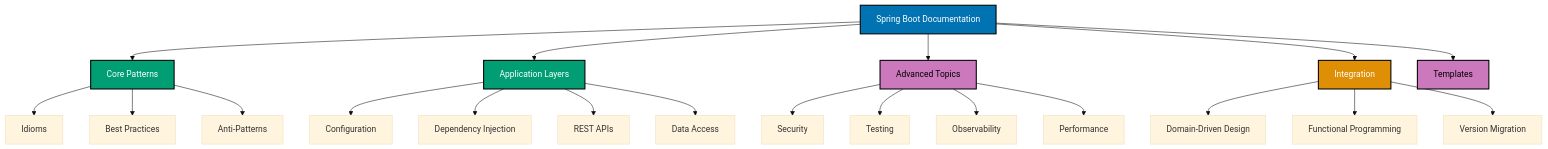
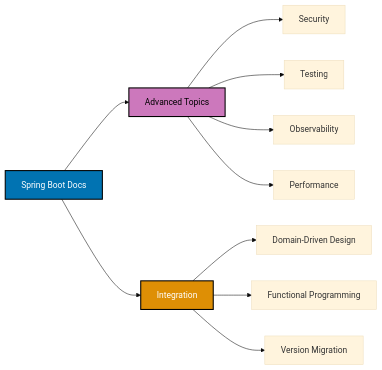
Before and after one commit to wahidyankf/open-sharia-enterprise: the third of 3 diagrams in docs/explanation/software-engineering/platform-web/tools/jvm-spring-boot/README.md, drawn with Mermaid (base theme). The commit also changed other lines of this file and 22 other files, not shown here.

First line of the commit message:
fix(docs): fix mermaid violations in platform-web docs

````diff
--- a/docs/explanation/software-engineering/platform-web/tools/jvm-spring-boot/README.md
+++ b/docs/explanation/software-engineering/platform-web/tools/jvm-spring-boot/README.md
@@ -244,41 +273,25 @@
 ```mermaid
 %% Color Palette: Blue #0173B2, Orange #DE8F05, Teal #029E73, Purple #CC78BC
 %% All colors are color-blind friendly and meet WCAG AA contrast standards
 
-flowchart TD
-    A["Spring Boot Documentation"]:::blue
-    B["Core Patterns"]:::teal
-    C["Application Layers"]:::teal
+flowchart LR
+    A["Spring Boot Docs"]:::blue
     D["Advanced Topics"]:::purple
     E["Integration"]:::orange
-    F["Templates"]:::purple
 
-    A --> B
-    A --> C
     A --> D
     A --> E
-    A --> F
-
-    B --> B1["Idioms"]
-    B --> B2["Best Practices"]
-    B --> B3["Anti-Patterns"]
-
-    C --> C1["Configuration"]
-    C --> C2["Dependency Injection"]
-    C --> C3["REST APIs"]
-    C --> C4["Data Access"]
 
     D --> D1["Security"]
     D --> D2["Testing"]
     D --> D3["Observability"]
     D --> D4["Performance"]
 
     E --> E1["Domain-Driven Design"]
     E --> E2["Functional Programming"]
     E --> E3["Version Migration"]
 
     classDef blue fill:#0173B2,stroke:#000000,color:#FFFFFF,stroke-width:2px
     classDef orange fill:#DE8F05,stroke:#000000,color:#FFFFFF,stroke-width:2px
-    classDef teal fill:#029E73,stroke:#000000,color:#FFFFFF,stroke-width:2px
     classDef purple fill:#CC78BC,stroke:#000000,color:#000000,stroke-width:2px
 ```
````
